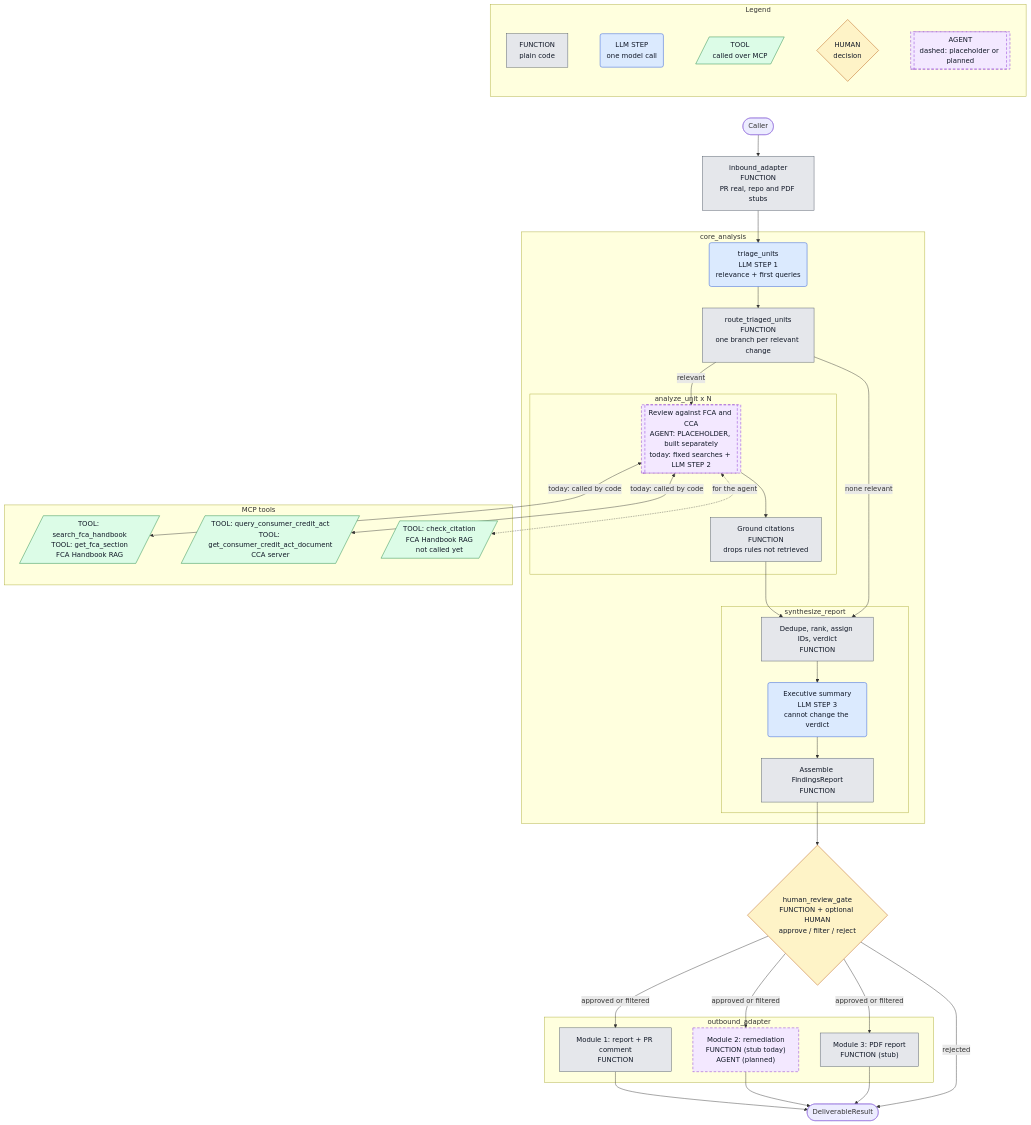
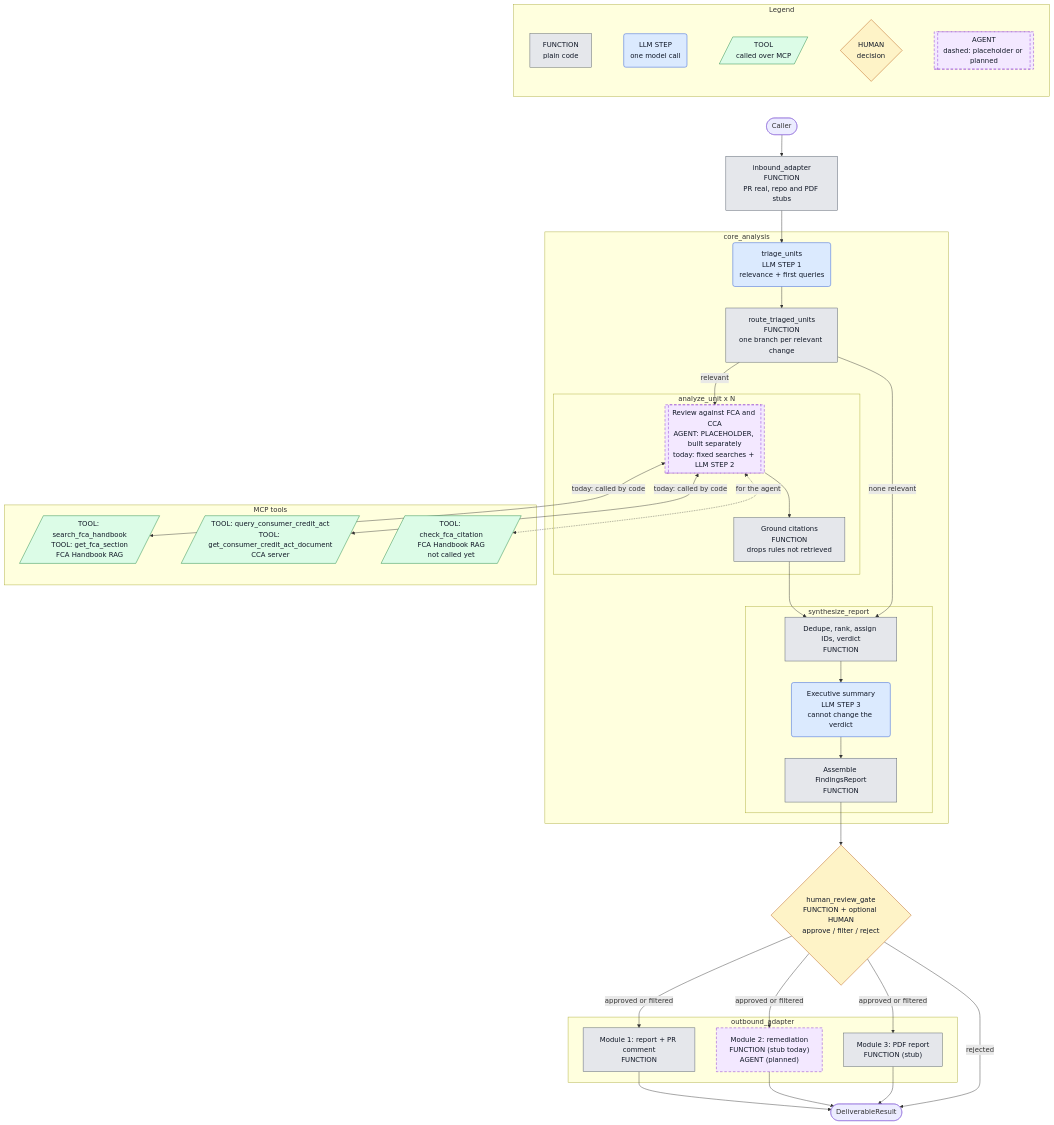
Before and after one commit to langchain-samples/fsi-hackathon-london-2026: the third of 3 diagrams in 04_fca_compliance_agent/ARCHITECTURE.md, drawn with Mermaid. The commit also changed other lines of this file and 18 other files, not shown here.

First line of the commit message:
feat: download the real FCA Handbook and Glossary, and rename the citation tool

````diff
--- a/04_fca_compliance_agent/ARCHITECTURE.md
+++ b/04_fca_compliance_agent/ARCHITECTURE.md
@@ -126,63 +126,63 @@
 ```mermaid
 flowchart TB
     subgraph LEGEND["Legend"]
         direction LR
         L1["FUNCTION<br/>plain code"] ~~~ L2("LLM STEP<br/>one model call") ~~~ L3[/"TOOL<br/>called over MCP"/] ~~~ L4{"HUMAN<br/>decision"} ~~~ L5[["AGENT<br/>dashed: placeholder or planned"]]
     end
     LEGEND ~~~ START
 
     START(["Caller"]) --> IN["inbound_adapter<br/>FUNCTION<br/>PR real, repo and PDF stubs"]
 
     subgraph CORE["core_analysis"]
         TRI("triage_units<br/>LLM STEP 1<br/>relevance + first queries")
         ROUTE["route_triaged_units<br/>FUNCTION<br/>one branch per relevant change"]
 
         subgraph ANALYZE["analyze_unit x N"]
             AGENT[["Review against FCA and CCA<br/>AGENT: PLACEHOLDER, built separately<br/>today: fixed searches + LLM STEP 2"]]
             CHECK["Ground citations<br/>FUNCTION<br/>drops rules not retrieved"]
         end
 
         subgraph SYNTH["synthesize_report"]
             RANK["Dedupe, rank, assign IDs, verdict<br/>FUNCTION"]
             SUM("Executive summary<br/>LLM STEP 3<br/>cannot change the verdict")
             REPORT["Assemble FindingsReport<br/>FUNCTION"]
         end
     end
 
     subgraph TOOLS["MCP tools"]
         FCA[/"TOOL: search_fca_handbook<br/>TOOL: get_fca_section<br/>FCA Handbook RAG"/]
         CCA[/"TOOL: query_consumer_credit_act<br/>TOOL: get_consumer_credit_act_document<br/>CCA server"/]
-        CIT[/"TOOL: check_citation<br/>FCA Handbook RAG<br/>not called yet"/]
+        CIT[/"TOOL: check_fca_citation<br/>FCA Handbook RAG<br/>not called yet"/]
     end
 
     GATE{"human_review_gate<br/>FUNCTION + optional HUMAN<br/>approve / filter / reject"}
 
     subgraph OUT["outbound_adapter"]
         OUTPR["Module 1: report + PR comment<br/>FUNCTION"]
         OUTREPO["Module 2: remediation<br/>FUNCTION (stub today)<br/>AGENT (planned)"]
         OUTPDF["Module 3: PDF report<br/>FUNCTION (stub)"]
     end
 
     DONE(["DeliverableResult"])
 
     IN --> TRI --> ROUTE
     ROUTE -->|"relevant"| AGENT
     ROUTE -->|"none relevant"| RANK
     AGENT <-->|"today: called by code"| FCA & CCA
     AGENT <-.->|"for the agent"| CIT
     AGENT --> CHECK --> RANK --> SUM --> REPORT --> GATE
     GATE -->|"approved or filtered"| OUTPR & OUTREPO & OUTPDF
     GATE -->|"rejected"| DONE
     OUTPR & OUTREPO & OUTPDF --> DONE
 
     classDef fn fill:#e5e7eb,stroke:#4b5563,color:#111827
     classDef llm fill:#dbeafe,stroke:#1d4ed8,color:#111827
     classDef tool fill:#dcfce7,stroke:#15803d,color:#111827
     classDef human fill:#fef3c7,stroke:#b45309,color:#111827
     classDef planned fill:#f3e8ff,stroke:#7e22ce,color:#111827,stroke-dasharray:6 4
     class IN,ROUTE,CHECK,RANK,REPORT,OUTPR,OUTPDF,L1 fn
     class TRI,SUM,L2 llm
     class FCA,CCA,CIT,L3 tool
     class GATE,L4 human
     class AGENT,OUTREPO,L5 planned
 ```
````
